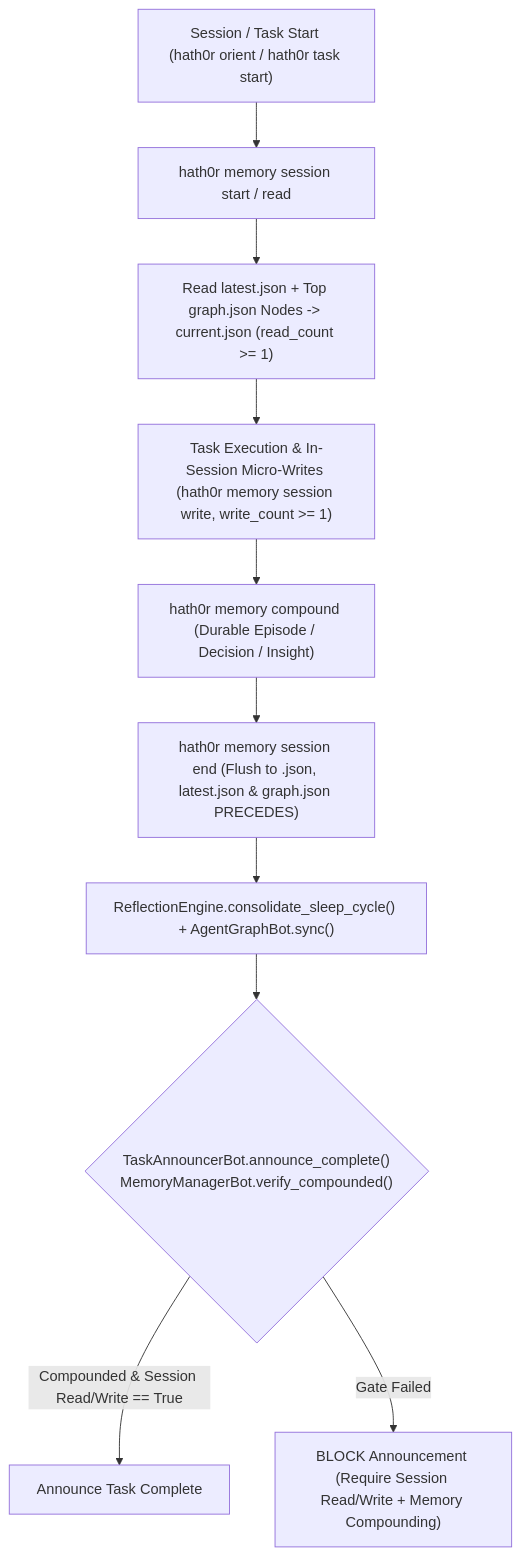
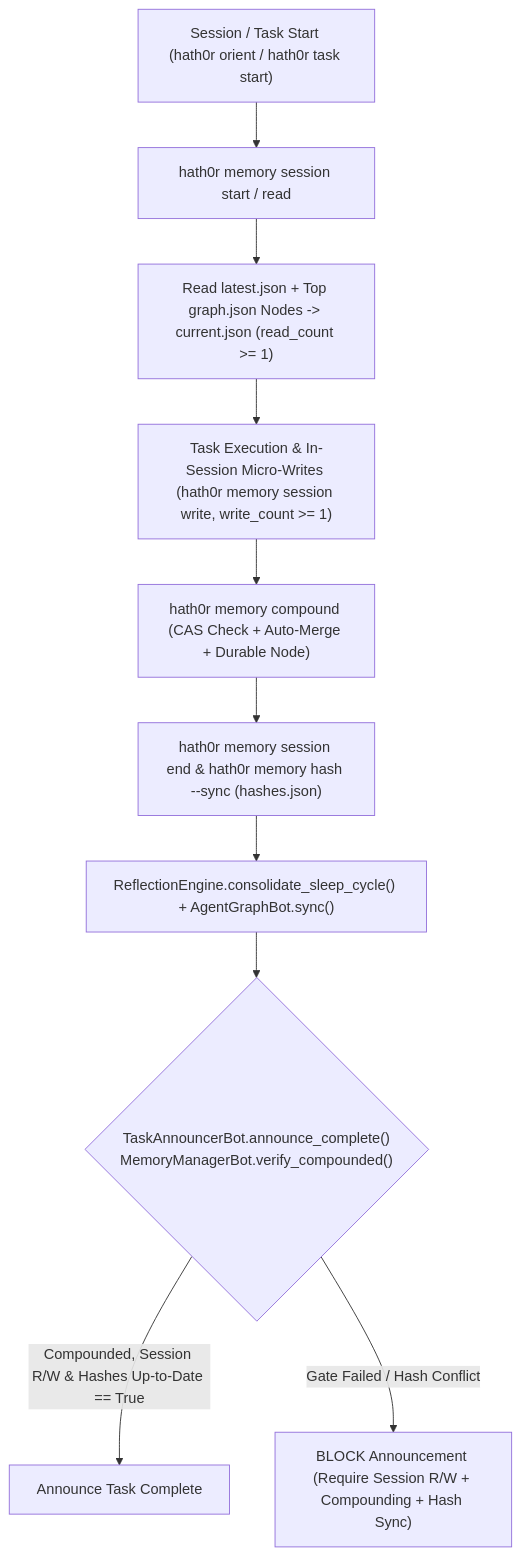
The diagram in docs/governance/workflows/memorygraph-compounding-workflow.md (Bayly-AI/HATH0R-Agentic-Framework), drawn with Mermaid before and after one commit. The commit also changed other lines of this file and 20 other files, not shown here.

Commit message:
feat(memory): add SHA-256 file hashing, hashes.json manifest, and CAS auto-merge (#291)

````diff
--- a/docs/governance/workflows/memorygraph-compounding-workflow.md
+++ b/docs/governance/workflows/memorygraph-compounding-workflow.md
@@ -8,12 +8,12 @@
 ```mermaid
 flowchart TD
     A["Session / Task Start (hath0r orient / hath0r task start)"] --> B["hath0r memory session start / read"]
     B --> C["Read latest.json + Top graph.json Nodes -> current.json (read_count >= 1)"]
     C --> D["Task Execution & In-Session Micro-Writes (hath0r memory session write, write_count >= 1)"]
-    D --> E["hath0r memory compound (Durable Episode / Decision / Insight)"]
-    E --> F["hath0r memory session end (Flush to <session-id>.json, latest.json & graph.json PRECEDES)"]
+    D --> E["hath0r memory compound (CAS Check + Auto-Merge + Durable Node)"]
+    E --> F["hath0r memory session end & hath0r memory hash --sync (hashes.json)"]
     F --> G["ReflectionEngine.consolidate_sleep_cycle() + AgentGraphBot.sync()"]
     G --> H{"TaskAnnouncerBot.announce_complete()\nMemoryManagerBot.verify_compounded()"}
-    H -- "Compounded & Session Read/Write == True" --> I["Announce Task Complete"]
-    H -- "Gate Failed" --> J["BLOCK Announcement (Require Session Read/Write + Memory Compounding)"]
+    H -- "Compounded, Session R/W & Hashes Up-to-Date == True" --> I["Announce Task Complete"]
+    H -- "Gate Failed / Hash Conflict" --> J["BLOCK Announcement (Require Session R/W + Compounding + Hash Sync)"]
 ```
````
